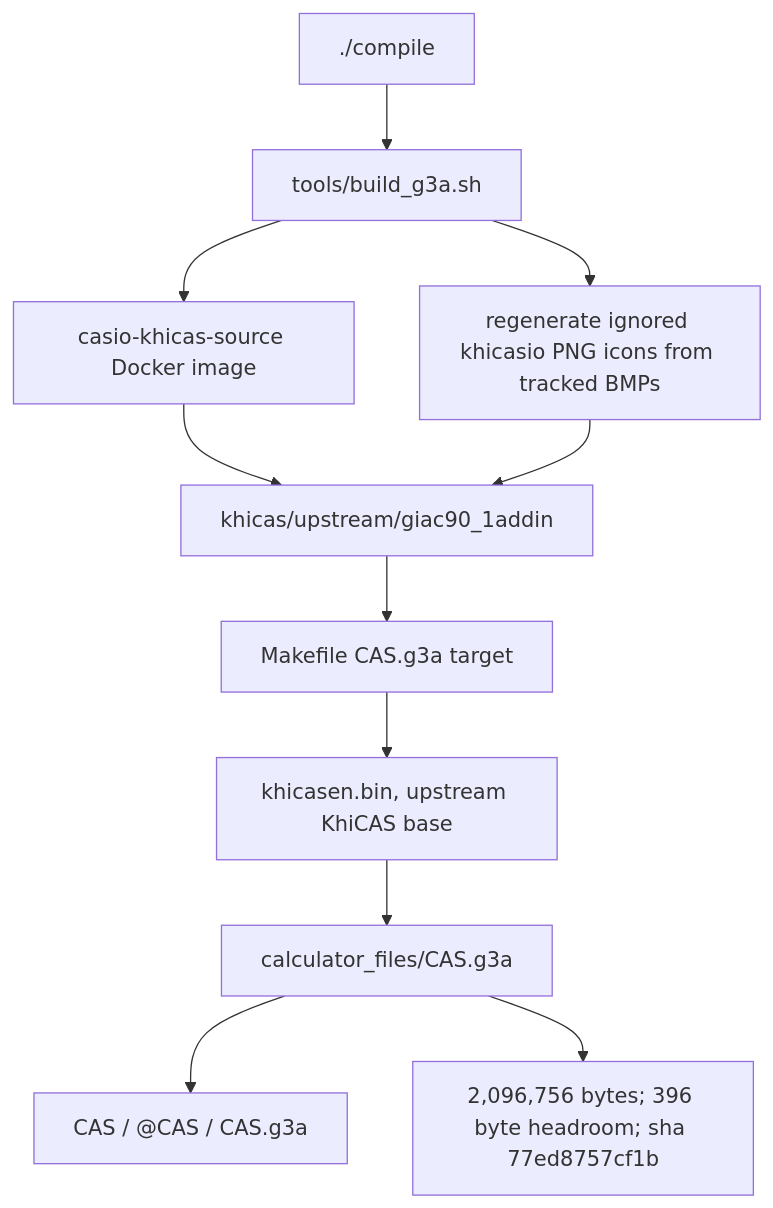
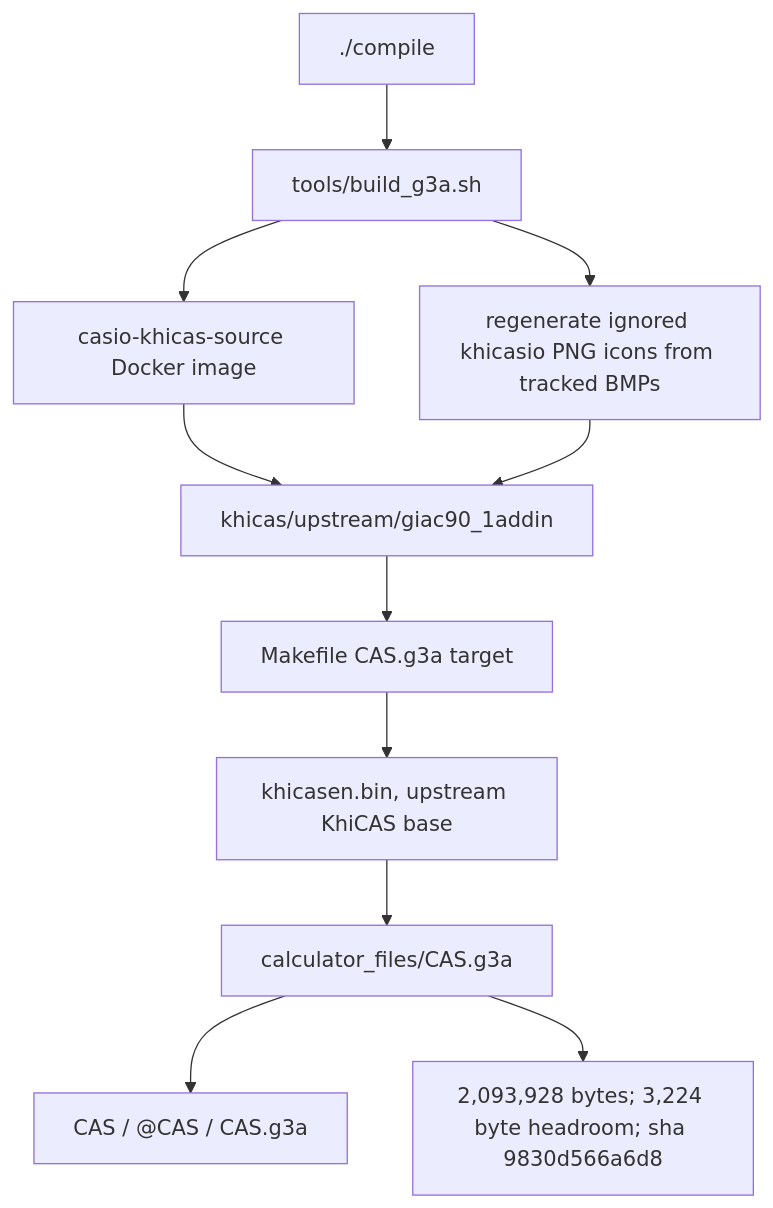
One commit to james8464/notes-addin-casio-fx-cg50 changed the first of 6 diagrams in docs/GRAPH.md. Above: the diagram before and after it, drawn with Mermaid. The commit also changed other lines of this file and 6 other files, not shown here.

````diff
--- a/docs/GRAPH.md
+++ b/docs/GRAPH.md
@@ -7,13 +7,13 @@
 ```mermaid
 graph TD
   Compile["./compile"] --> Build["tools/build_g3a.sh"]
   Build --> Docker["casio-khicas-source Docker image"]
   Docker --> Src["khicas/upstream/giac90_1addin"]
   Build --> Icons["regenerate ignored khicasio PNG icons from tracked BMPs"]
   Icons --> Src
   Src --> Make["Makefile CAS.g3a target"]
   Make --> Bin["khicasen.bin, upstream KhiCAS base"]
   Bin --> G3A["calculator_files/CAS.g3a"]
   G3A --> Meta["CAS / @CAS / CAS.g3a"]
-  G3A --> Size["2,096,756 bytes; 396 byte headroom; sha 77ed8757cf1b"]
+  G3A --> Size["2,093,928 bytes; 3,224 byte headroom; sha 9830d566a6d8"]
 ```
````
